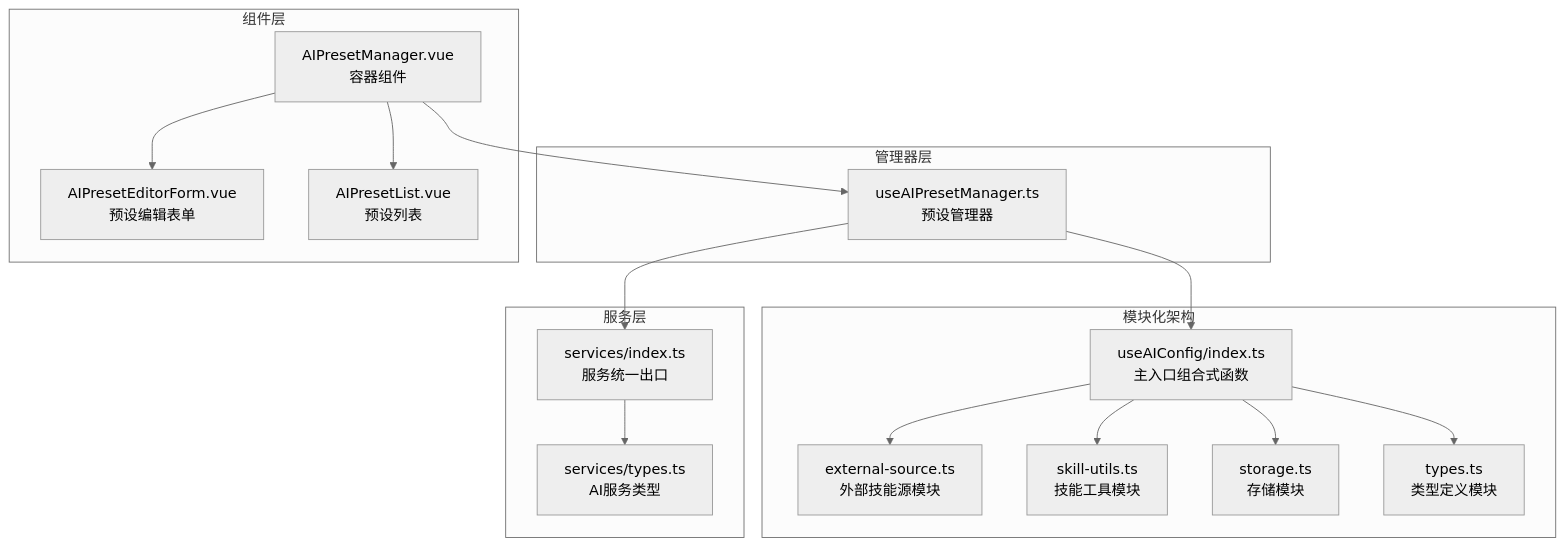
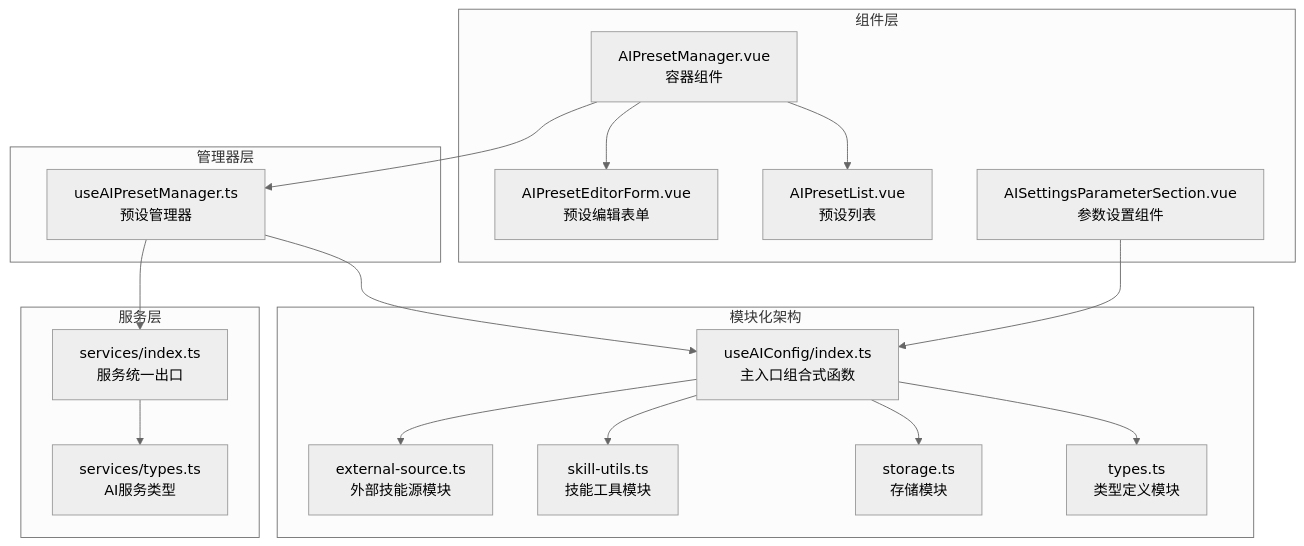
The first of 6 diagrams in .qoder/repowiki/zh/content/核心模块/AI助手系统/预设配置.md (xixixiaoyu/Todo), drawn with Mermaid (neutral theme) before and after one commit. The commit also changed other lines of this file and 6 other files, not shown here.

````diff
--- a/.qoder/repowiki/zh/content/核心模块/AI助手系统/预设配置.md
+++ b/.qoder/repowiki/zh/content/核心模块/AI助手系统/预设配置.md
@@ -53,32 +61,34 @@
 ```mermaid
 graph TB
 subgraph "模块化架构"
 UAC["useAIConfig/index.ts<br/>主入口组合式函数"]
 ES["external-source.ts<br/>外部技能源模块"]
 SU["skill-utils.ts<br/>技能工具模块"]
 ST["storage.ts<br/>存储模块"]
 TY["types.ts<br/>类型定义模块"]
 end
 subgraph "管理器层"
 UPM["useAIPresetManager.ts<br/>预设管理器"]
 end
 subgraph "组件层"
 PM["AIPresetManager.vue<br/>容器组件"]
 PEF["AIPresetEditorForm.vue<br/>预设编辑表单"]
 PL["AIPresetList.vue<br/>预设列表"]
+ASP["AISettingsParameterSection.vue<br/>参数设置组件"]
 end
 subgraph "服务层"
 SV["services/index.ts<br/>服务统一出口"]
 STY["services/types.ts<br/>AI服务类型"]
 end
 UAC --> ES
 UAC --> SU
 UAC --> ST
 UAC --> TY
 UPM --> UAC
 PM --> UPM
 PM --> PEF
 PM --> PL
 UPM --> SV
 SV --> STY
+ASP --> UAC
 ```
````
